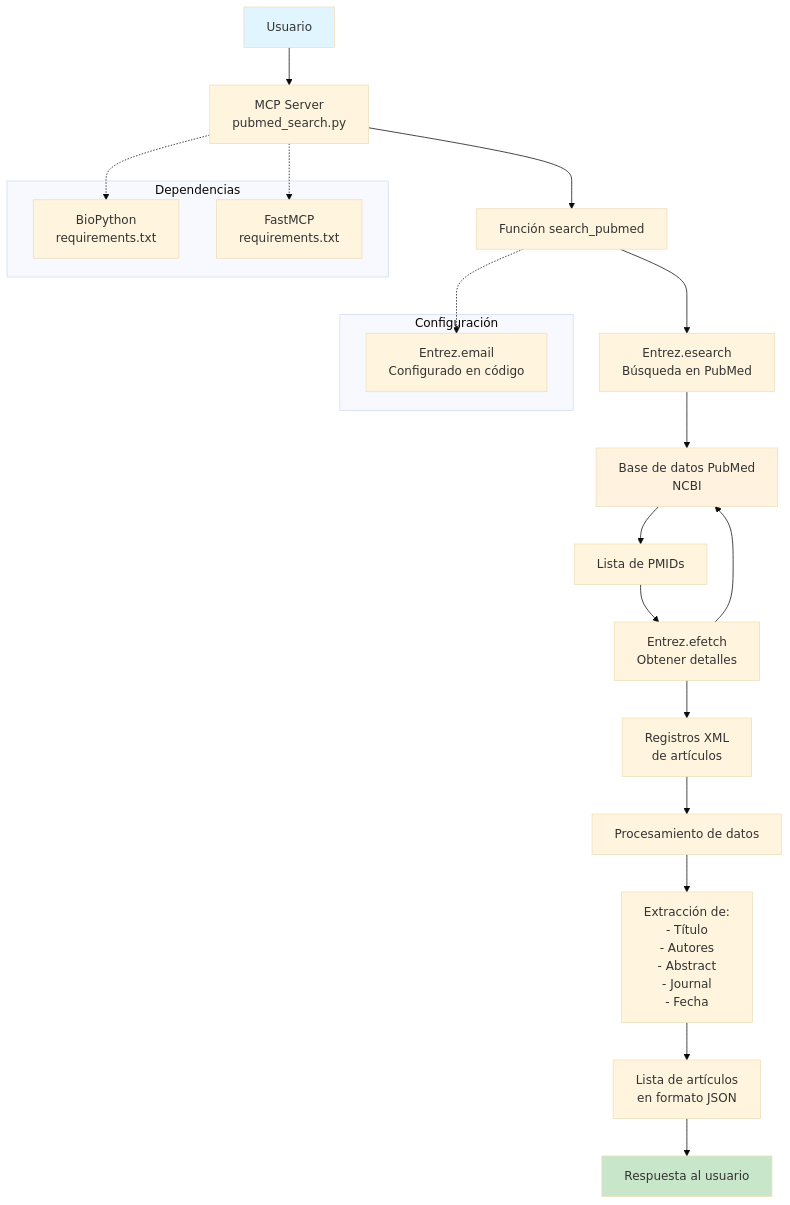
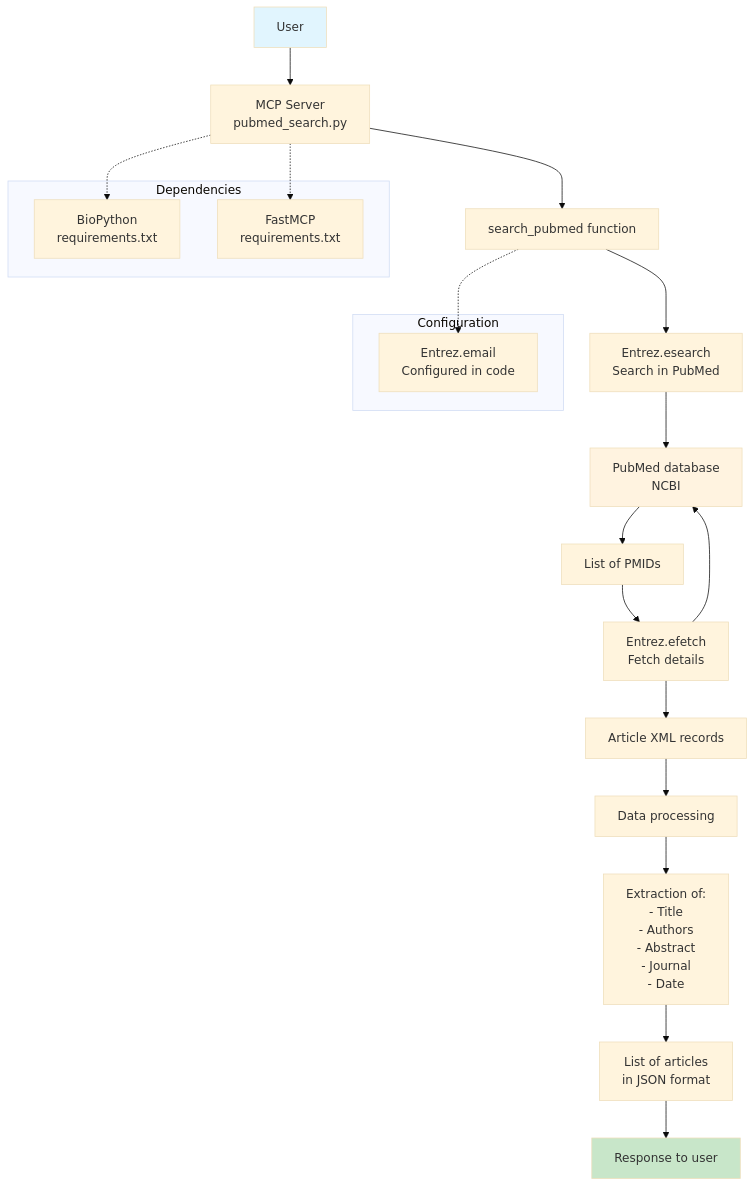
The diagram in README.md (emi-dm/PubMed-MCP), drawn with Mermaid (base theme) before and after one commit.

Commit message:
Refactor diagram in README.md for clarity and consistency in function naming

````diff
--- a/README.md
+++ b/README.md
@@ -16,33 +16,33 @@
 ```mermaid
 graph TB
-    A[Usuario] --> B[MCP Server<br/>pubmed_search.py]
-    B --> C[Función search_pubmed]
-    C --> D[Entrez.esearch<br/>Búsqueda en PubMed]
-    D --> E[Base de datos PubMed<br/>NCBI]
-    E --> F[Lista de PMIDs]
-    F --> G[Entrez.efetch<br/>Obtener detalles]
-    G --> E
-    G --> H[Registros XML<br/>de artículos]
-    H --> I[Procesamiento de datos]
-    I --> J[Extracción de:<br/>- Título<br/>- Autores<br/>- Abstract<br/>- Journal<br/>- Fecha]
-    J --> K[Lista de artículos<br/>en formato JSON]
-    K --> L[Respuesta al usuario]
+  A[User] --> B[MCP Server<br/>pubmed_search.py]
+  B --> C[search_pubmed function]
+  C --> D[Entrez.esearch<br/>Search in PubMed]
+  D --> E[PubMed database<br/>NCBI]
+  E --> F[List of PMIDs]
+  F --> G[Entrez.efetch<br/>Fetch details]
+  G --> E
+  G --> H[Article XML records]
+  H --> I[Data processing]
+  I --> J[Extraction of:<br/>- Title<br/>- Authors<br/>- Abstract<br/>- Journal<br/>- Date]
+  J --> K[List of articles<br/>in JSON format]
+  K --> L[Response to user]
 
-    subgraph "Dependencias"
-        M[BioPython<br/>requirements.txt]
-        N[FastMCP<br/>requirements.txt]
-    end
+  subgraph "Dependencies"
+    M[BioPython<br/>requirements.txt]
+    N[FastMCP<br/>requirements.txt]
+  end
 
-    B -.-> M
-    B -.-> N
+  B -.-> M
+  B -.-> N
 
-    subgraph "Configuración"
-        O[Entrez.email<br/>Configurado en código]
-    end
+  subgraph "Configuration"
+    O[Entrez.email<br/>Configured in code]
+  end
 
-    C -.-> O
+  C -.-> O
 
-    style A fill:#e1f5fe
-    style L fill:#c8e6c9
-    style E fill:#fff3e0
+  style A fill:#e1f5fe
+  style L fill:#c8e6c9
+  style E fill:#fff3e0
 ```
````
